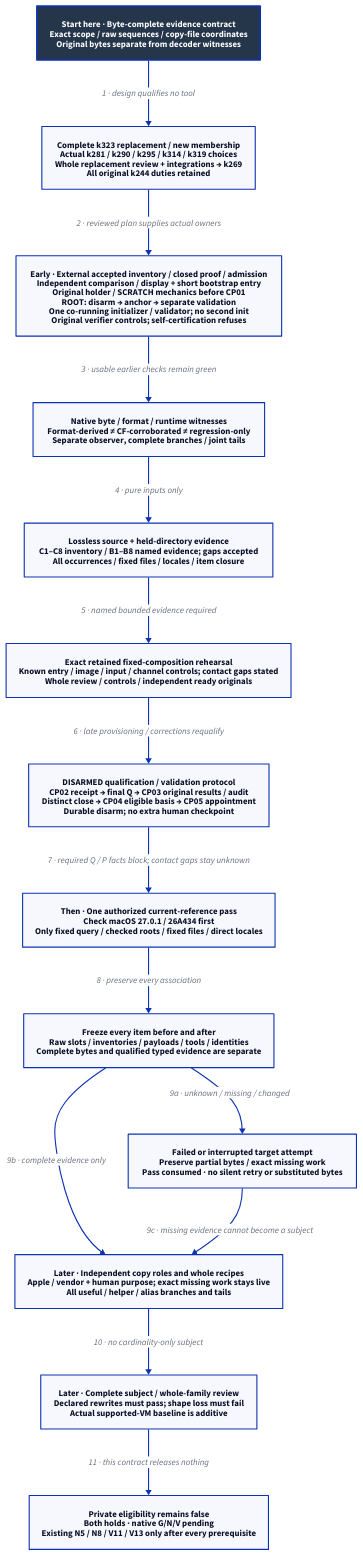
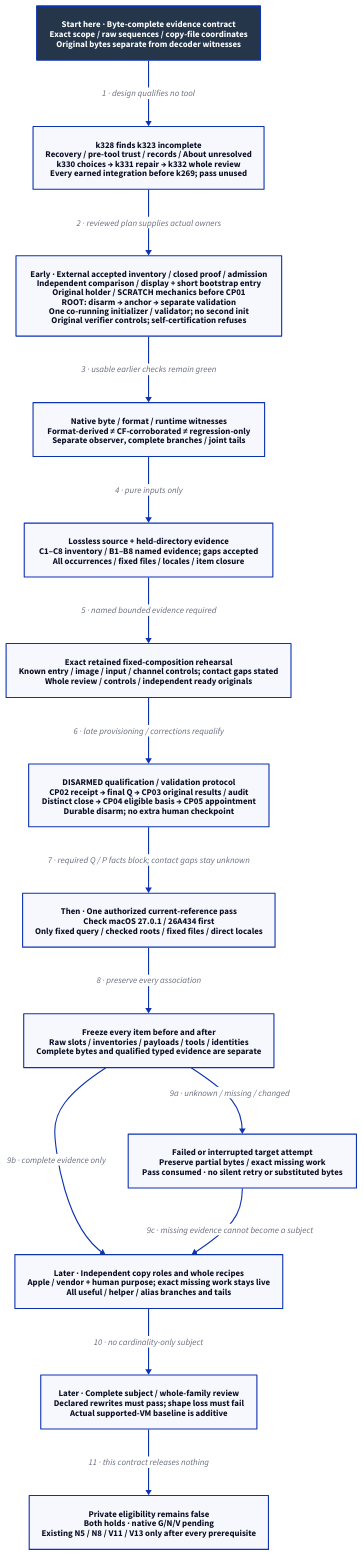
Before and after one commit to Linkuistics/Koine: the diagram in docs/design/architecture/native-reference-evidence.d2, drawn with D2. The commit also changed 50 other files, not shown here.

Commit message:
Integrate practical admission review; place recovery decisions and whole replacement before construction (reference-evidence-practical-admission-k329)

```diff
--- a/docs/design/architecture/native-reference-evidence.d2
+++ b/docs/design/architecture/native-reference-evidence.d2
@@ -1,31 +1,31 @@
-# Admission repair design; mandatory review and replanning precede unbuilt qualification.
+# Reviewed k323 proposal; k330/k331/k332 replacement and integrations precede k269.
 direction: down
 classes: {
   start: {style: {fill: "#25364B"; font-color: "#FFFFFF"; bold: true; stroke-width: 3}}
 }
 Start: "Start here · Byte-complete evidence contract\nExact scope / raw sequences / copy-file coordinates\nOriginal bytes separate from decoder witnesses" {class: start}
-Plan: "Complete k323 replacement / new membership\nActual k281 / k290 / k295 / k314 / k319 choices\nWhole replacement review + integrations → k269\nAll original k244 duties retained"
+Plan: "k328 finds k323 incomplete\nRecovery / pre-tool trust / records / About unresolved\nk330 choices → k331 repair → k332 whole review\nEvery earned integration before k269; pass unused"
 Replay: "Early · External accepted inventory / closed proof / admission\nIndependent comparison / display + short bootstrap entry\nOriginal holder / SCRATCH mechanics before CP01\nROOT: disarm → anchor → separate validation\nOne co-running initializer / validator; no second init\nOriginal verifier controls; self-certification refuses"
 Decode: "Native byte / format / runtime witnesses\nFormat-derived ≠ CF-corroborated ≠ regression-only\nSeparate observer, complete branches / joint tails"
 Source: "Lossless source + held-directory evidence\nC1–C8 inventory / B1–B8 named evidence; gaps accepted\nAll occurrences / fixed files / locales / item closure"
 Pure: "Exact retained fixed-composition rehearsal\nKnown entry / image / input / channel controls; contact gaps stated\nWhole review / controls / independent ready originals"
 Authority: "DISARMED qualification / validation protocol\nCP02 receipt → final Q → CP03 original results / audit\nDistinct close → CP04 eligible basis → CP05 appointment\nDurable disarm; no extra human checkpoint"
 Pass: "Then · One authorized current-reference pass\nCheck macOS 27.0.1 / 26A434 first\nOnly fixed query / checked roots / fixed files / direct locales"
 Closure: "Freeze every item before and after\nRaw slots / inventories / payloads / tools / identities\nComplete bytes and qualified typed evidence are separate"
 Failed: "Failed or interrupted target attempt\nPreserve partial bytes / exact missing work\nPass consumed · no silent retry or substituted bytes"
 Roles: "Later · Independent copy roles and whole recipes\nApple / vendor + human purpose; exact missing work stays live\nAll useful / helper / alias branches and tails"
 Review: "Later · Complete subject / whole-family review\nDeclared rewrites must pass; shape loss must fail\nActual supported-VM baseline is additive"
 Hold: "Private eligibility remains false\nBoth holds · native G/N/V pending\nExisting N5 / N8 / V11 / V13 only after every prerequisite"
 Start -> Plan: "1 · design qualifies no tool"
 Plan -> Replay: "2 · reviewed plan supplies actual owners"
 Replay -> Decode: "3 · usable earlier checks remain green"
 Decode -> Source: "4 · pure inputs only"
 Source -> Pure: "5 · named bounded evidence required"
 Pure -> Authority: "6 · late provisioning / corrections requalify"
 Authority -> Pass: "7 · required Q / P facts block; contact gaps stay unknown"
 Pass -> Closure: "8 · preserve every association"
 Closure -> Failed: "9a · unknown / missing / changed"
 Closure -> Roles: "9b · complete evidence only"
 Failed -> Roles: "9c · missing evidence cannot become a subject"
 Roles -> Review: "10 · no cardinality-only subject"
 Review -> Hold: "11 · this contract releases nothing"
```
